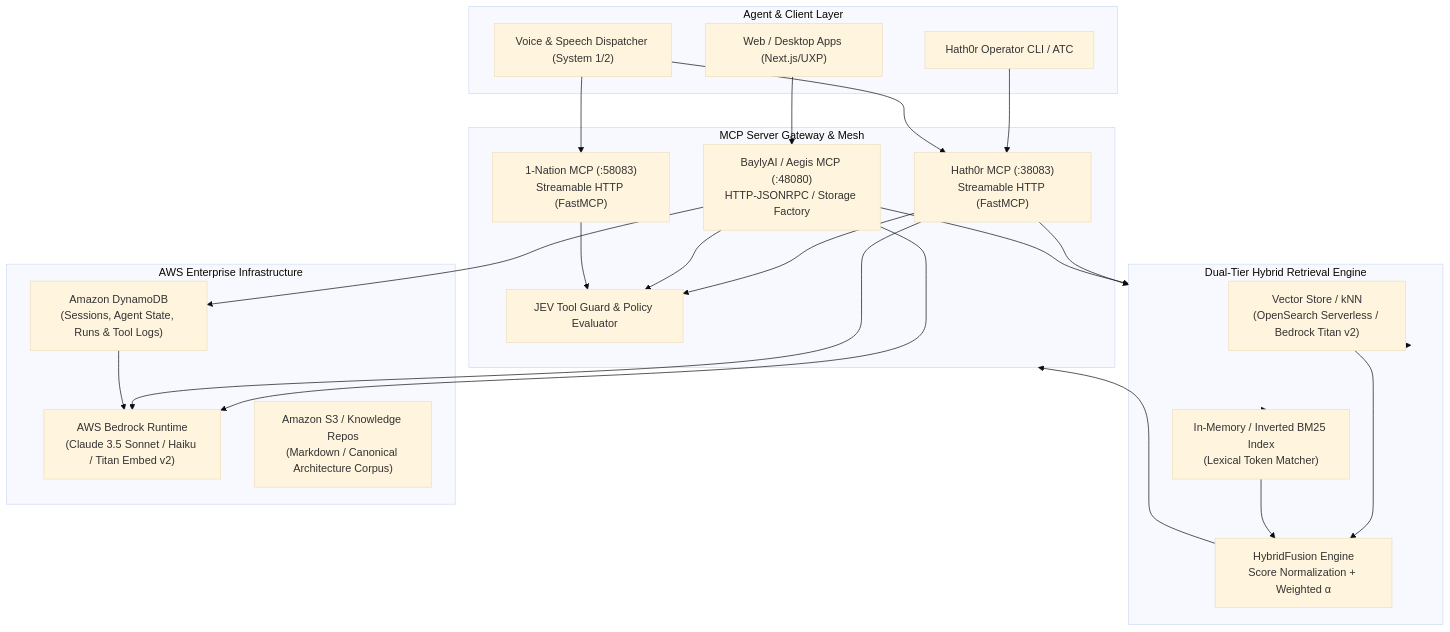
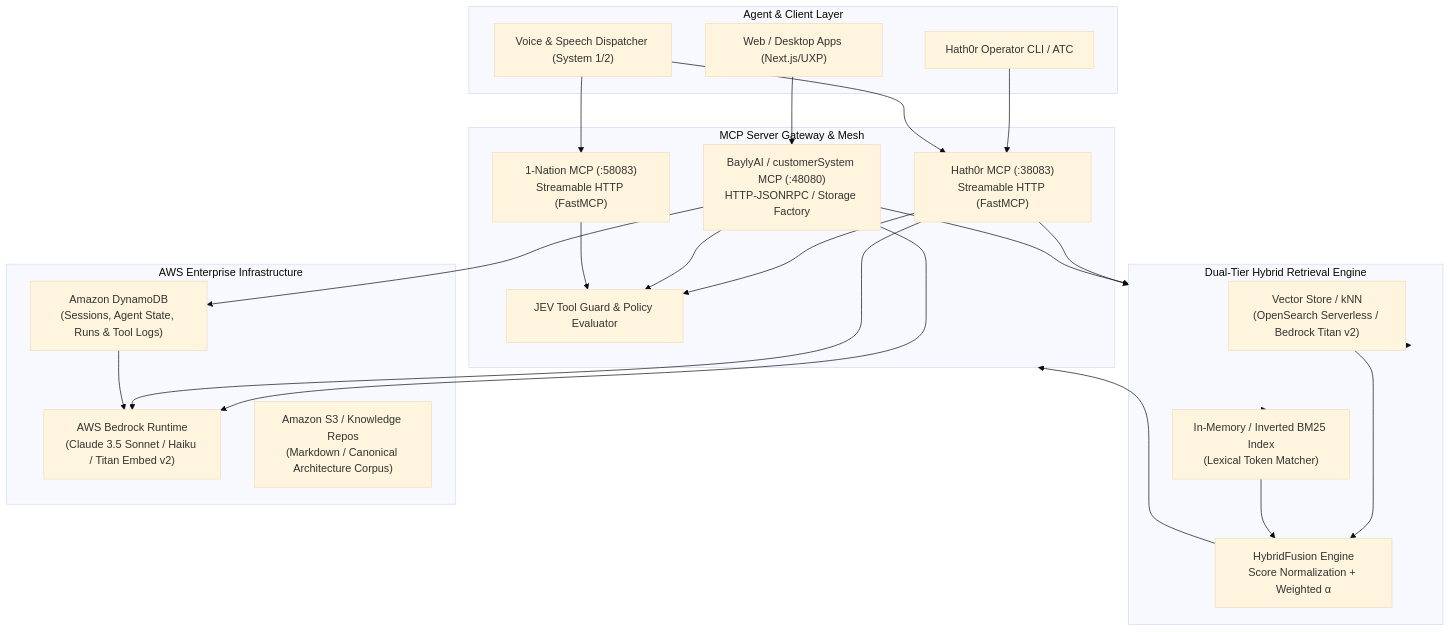
The diagram in docs/articles/beyond-rag-building-production-grade-agentic-pipelines-with-aws-bedrock.md (Bayly-AI/HATH0R-CLI), drawn with Mermaid (base theme) before and after one commit. The commit also changed other lines of this file and 18 other files, not shown here.

````diff
--- a/docs/articles/beyond-rag-building-production-grade-agentic-pipelines-with-aws-bedrock.md
+++ b/docs/articles/beyond-rag-building-production-grade-agentic-pipelines-with-aws-bedrock.md
@@ -43,44 +43,44 @@
 ```mermaid
 flowchart TD
     subgraph Clients["Agent & Client Layer"]
         CLI["Hath0r Operator CLI / ATC"]
         UI["Web / Desktop Apps (Next.js/UXP)"]
         Voice["Voice & Speech Dispatcher (System 1/2)"]
     end
 
     subgraph Orchestration["MCP Server Gateway & Mesh"]
         Hath0rMCP["Hath0r MCP (:38083)<br/>Streamable HTTP (FastMCP)"]
-        BaylyMCP["BaylyAI / Aegis MCP (:48080)<br/>HTTP-JSONRPC / Storage Factory"]
+        BaylyMCP["BaylyAI / customerSystem MCP (:48080)<br/>HTTP-JSONRPC / Storage Factory"]
         NationMCP["1-Nation MCP (:58083)<br/>Streamable HTTP (FastMCP)"]
         JEV["JEV Tool Guard & Policy Evaluator"]
     end
 
     subgraph RetrievalEngine["Dual-Tier Hybrid Retrieval Engine"]
         VectorDB["Vector Store / kNN<br/>(OpenSearch Serverless / Bedrock Titan v2)"]
         BM25["In-Memory / Inverted BM25 Index<br/>(Lexical Token Matcher)"]
         Fusion["HybridFusion Engine<br/>Score Normalization + Weighted α"]
     end
 
     subgraph AWSCloud["AWS Enterprise Infrastructure"]
         Bedrock["AWS Bedrock Runtime<br/>(Claude 3.5 Sonnet / Haiku / Titan Embed v2)"]
         DynamoDB["Amazon DynamoDB<br/>(Sessions, Agent State, Runs & Tool Logs)"]
         S3["Amazon S3 / Knowledge Repos<br/>(Markdown / Canonical Architecture Corpus)"]
     end
 
     CLI --> Hath0rMCP
     UI --> BaylyMCP
     Voice --> Hath0rMCP
     Voice --> NationMCP
 
     Hath0rMCP & BaylyMCP & NationMCP --> JEV
     Hath0rMCP & BaylyMCP --> RetrievalEngine
     
     RetrievalEngine --> VectorDB
     RetrievalEngine --> BM25
     VectorDB & BM25 --> Fusion
     Fusion --> Orchestration
 
     BaylyMCP & Hath0rMCP --> Bedrock
     BaylyMCP --> DynamoDB
     DynamoDB --> Bedrock
 ```
````
